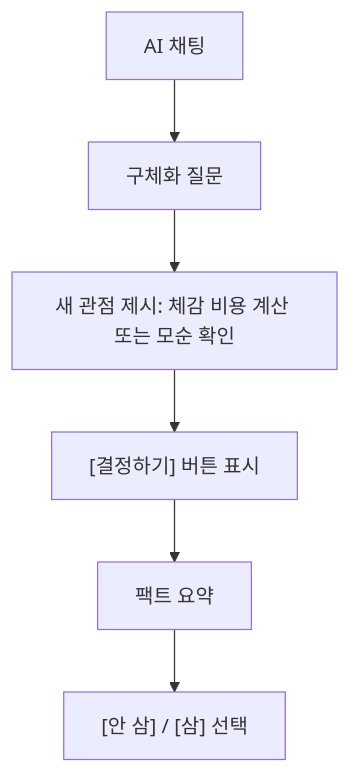
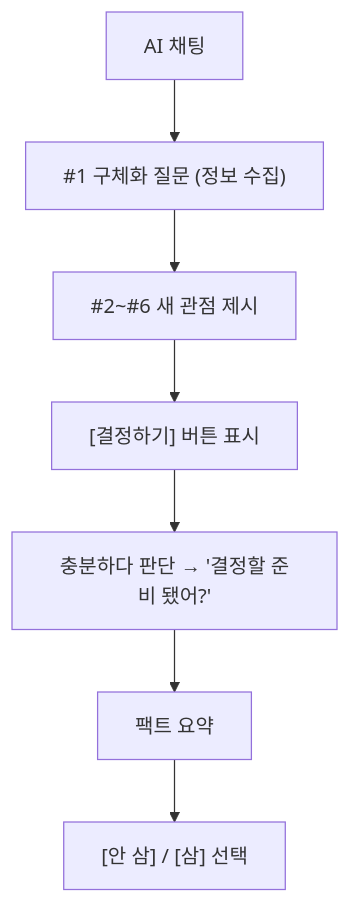
One commit to web-ppu/cooling-off changed the diagram in docs/engineering/ai-prompt-v1.md. Above: the diagram before and after it, drawn with Mermaid. The commit also changed other lines of this file and 6 other files, not shown here.

````diff
--- a/docs/engineering/ai-prompt-v1.md
+++ b/docs/engineering/ai-prompt-v1.md
@@ -79,8 +105,9 @@
 ```mermaid
 flowchart TD
-  Chat["AI 채팅"] --> Question["구체화 질문"]
-  Question --> Viewpoint["새 관점 제시: 체감 비용 계산 또는 모순 확인"]
-  Viewpoint --> Button["[결정하기] 버튼 표시"]
-  Button --> Summary["팩트 요약"]
+  Chat["AI 채팅"] --> Q1["#1 구체화 질문 (정보 수집)"]
+  Q1 --> View["#2~#6 새 관점 제시"]
+  View --> Button["[결정하기] 버튼 표시"]
+  Button --> Ready["충분하다 판단 → '결정할 준비 됐어?'"]
+  Ready --> Summary["팩트 요약"]
   Summary --> Choice["[안 삼] / [삼] 선택"]
 ```
````
